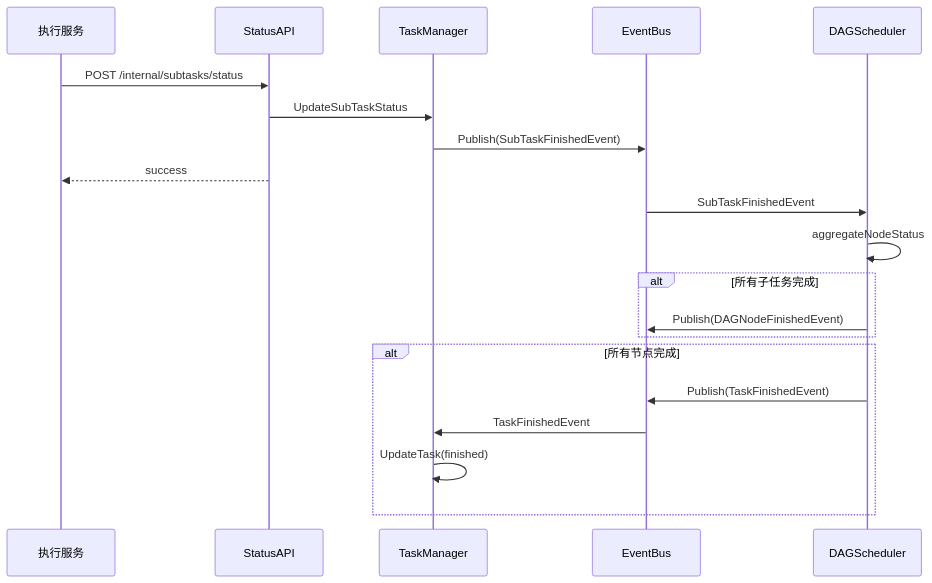
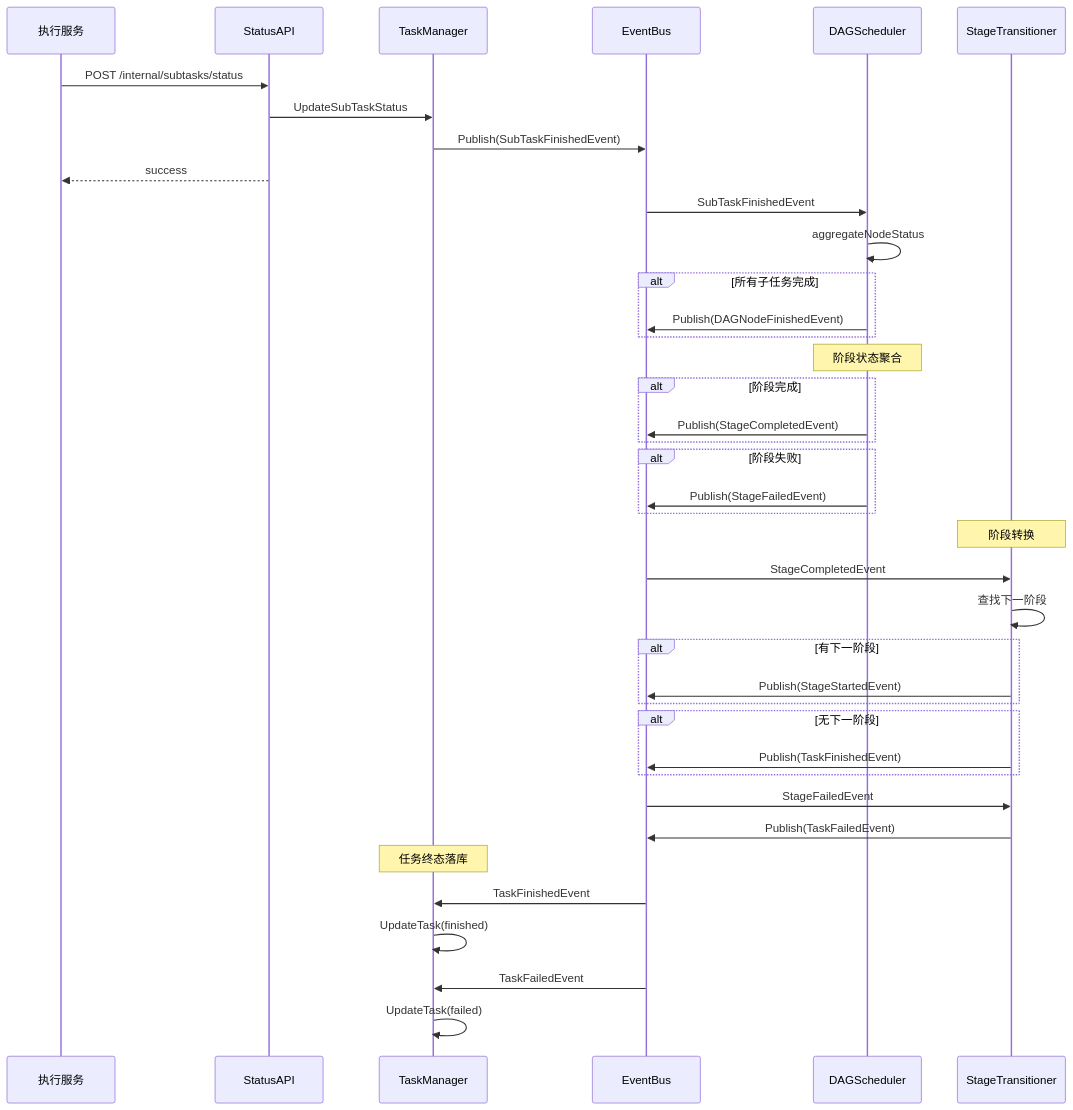
Before and after one commit to njuxumq/agent-eval-server: the seventh of 8 diagrams in docs/designs/模块设计文档.md, drawn with Mermaid. The commit also changed other lines of this file and 13 other files, not shown here.

````diff
--- a/docs/designs/模块设计文档.md
+++ b/docs/designs/模块设计文档.md
@@ -476,25 +554,48 @@
 ```mermaid
 sequenceDiagram
     participant Executor as 执行服务
     participant API as StatusAPI
     participant TM as TaskManager
     participant EB as EventBus
     participant Scheduler as DAGScheduler
+    participant ST as StageTransitioner
 
     Executor->>API: POST /internal/subtasks/status
     API->>TM: UpdateSubTaskStatus
     TM->>EB: Publish(SubTaskFinishedEvent)
     API-->>Executor: success
 
     EB->>Scheduler: SubTaskFinishedEvent
     Scheduler->>Scheduler: aggregateNodeStatus
     alt 所有子任务完成
         Scheduler->>EB: Publish(DAGNodeFinishedEvent)
     end
 
-    alt 所有节点完成
-        Scheduler->>EB: Publish(TaskFinishedEvent)
-        EB->>TM: TaskFinishedEvent
-        TM->>TM: UpdateTask(finished)
+    Note over Scheduler: 阶段状态聚合
+    alt 阶段完成
+        Scheduler->>EB: Publish(StageCompletedEvent)
     end
+    alt 阶段失败
+        Scheduler->>EB: Publish(StageFailedEvent)
+    end
+
+    Note over ST: 阶段转换
+    EB->>ST: StageCompletedEvent
+    ST->>ST: 查找下一阶段
+    alt 有下一阶段
+        ST->>EB: Publish(StageStartedEvent)
+    end
+    alt 无下一阶段
+        ST->>EB: Publish(TaskFinishedEvent)
+    end
+
+    EB->>ST: StageFailedEvent
+    ST->>EB: Publish(TaskFailedEvent)
+
+    Note over TM: 任务终态落库
+    EB->>TM: TaskFinishedEvent
+    TM->>TM: UpdateTask(finished)
+
+    EB->>TM: TaskFailedEvent
+    TM->>TM: UpdateTask(failed)
 ```
````
